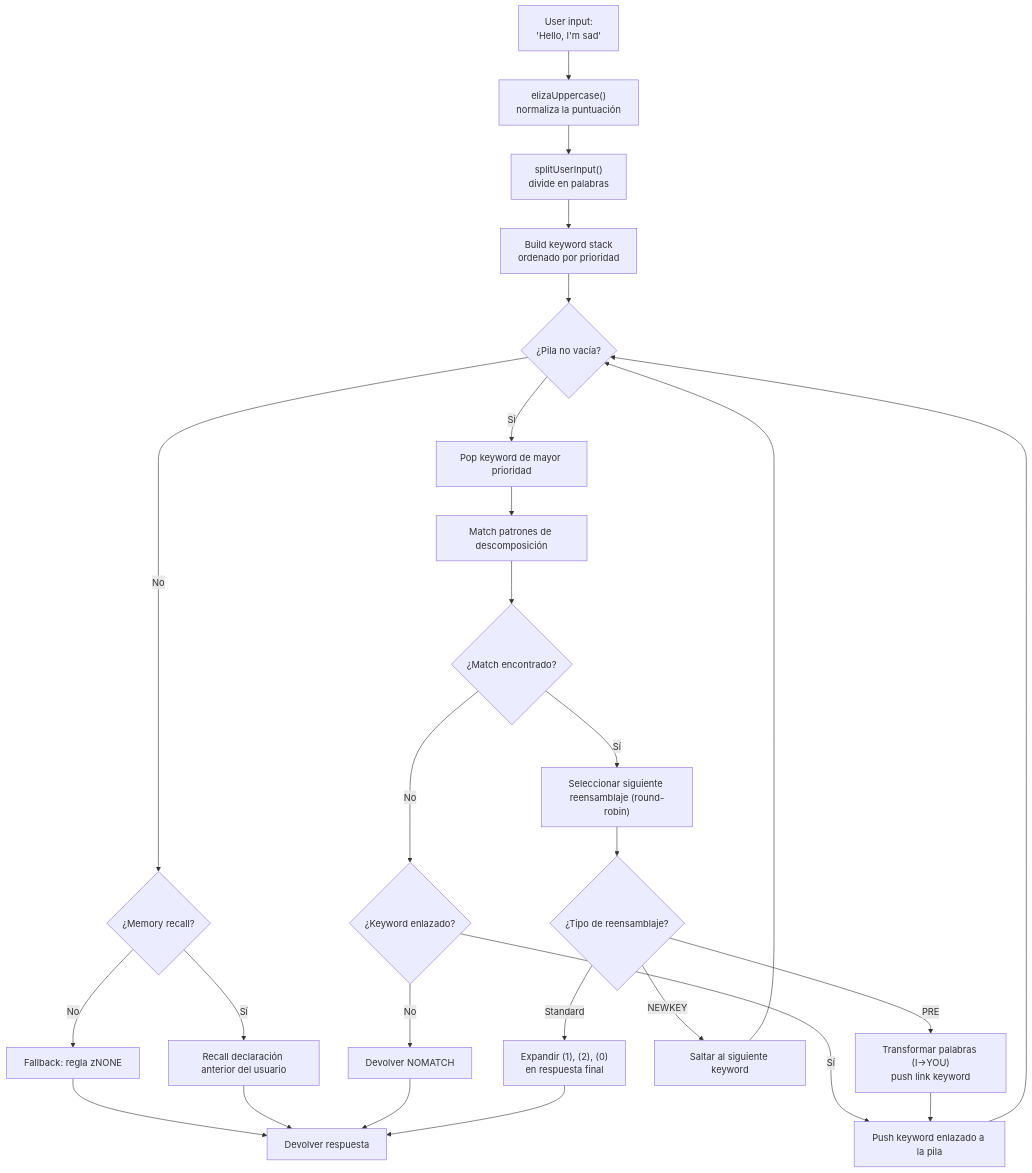
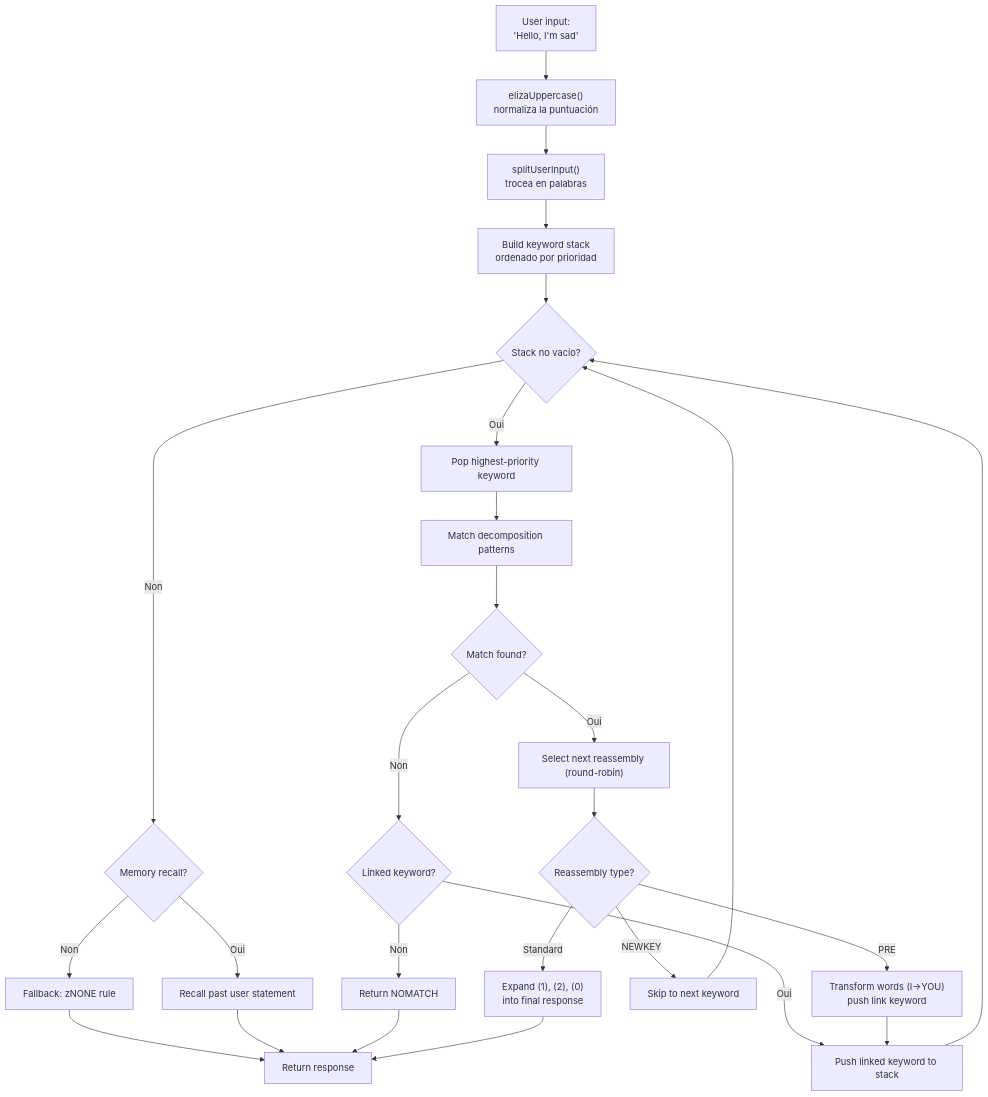
One commit to fox3000foxy/fox3000foxy.github.io changed the first of 2 diagrams in public/articles/es/from-eliza-to-llm-chatbots-typescript.md. Above: the diagram before and after it, drawn with Mermaid. The commit also changed other lines of this file and 576 other files, not shown here.

````diff
--- a/public/articles/es/from-eliza-to-llm-chatbots-typescript.md
+++ b/public/articles/es/from-eliza-to-llm-chatbots-typescript.md
@@ -93,28 +92,28 @@
 ```mermaid
 flowchart TD
     A["User input:<br>'Hello, I'm sad'"] --> B["elizaUppercase()<br>normaliza la puntuación"]
-    B --> C["splitUserInput()<br>divide en palabras"]
+    B --> C["splitUserInput()<br>trocea en palabras"]
     C --> D["Build keyword stack<br>ordenado por prioridad"]
-    D --> E{"¿Pila no vacía?"}
-    E -->|"Sí"| F["Pop keyword de mayor prioridad"]
-    E -->|"No"| G{"¿Memory recall?"}
-    G -->|"Sí"| H["Recall declaración anterior del usuario"]
-    G -->|"No"| I["Fallback: regla zNONE"]
-    I --> J["Devolver respuesta"]
+    D --> E{"Stack no vacío?"}
+    E -->|"Oui"| F["Pop highest-priority keyword"]
+    E -->|"Non"| G{"Memory recall?"}
+    G -->|"Oui"| H["Recall past user statement"]
+    G -->|"Non"| I["Fallback: zNONE rule"]
+    I --> J["Return response"]
     H --> J
-    F --> K["Match patrones de descomposición"]
-    K --> L{"¿Match encontrado?"}
-    L -->|"No"| M{"¿Keyword enlazado?"}
-    M -->|"Sí"| N["Push keyword enlazado a la pila"]
+    F --> K["Match decomposition patterns"]
+    K --> L{"Match found?"}
+    L -->|"Non"| M{"Linked keyword?"}
+    M -->|"Oui"| N["Push linked keyword to stack"]
     N --> E
-    M -->|"No"| O["Devolver NOMATCH"]
+    M -->|"Non"| O["Return NOMATCH"]
     O --> J
-    L -->|"Sí"| P["Seleccionar siguiente reensamblaje (round-robin)"]
-    P --> Q{"¿Tipo de reensamblaje?"}
-    Q -->|"PRE"| R["Transformar palabras (I→YOU)<br>push link keyword"]
+    L -->|"Oui"| P["Select next reassembly (round-robin)"]
+    P --> Q{"Reassembly type?"}
+    Q -->|"PRE"| R["Transform words (I→YOU)<br>push link keyword"]
     R --> N
-    Q -->|"NEWKEY"| S["Saltar al siguiente keyword"]
+    Q -->|"NEWKEY"| S["Skip to next keyword"]
     S --> E
-    Q -->|"Standard"| T["Expandir (1), (2), (0)<br>en respuesta final"]
+    Q -->|"Standard"| T["Expand (1), (2), (0)<br>into final response"]
     T --> J
 ```
````
